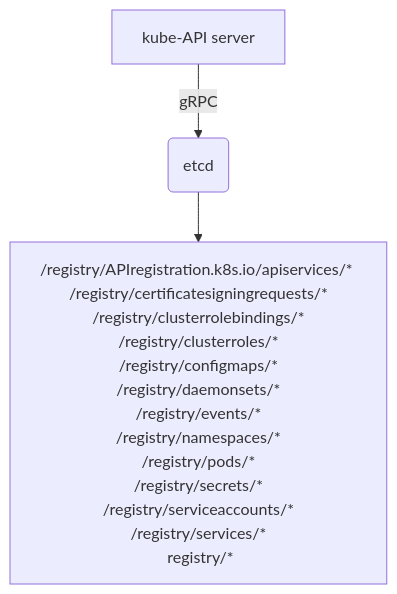
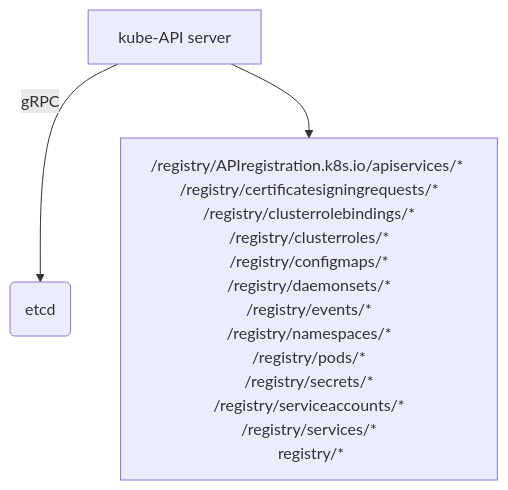
Before and after one commit to 007chiragshah/tucana: the second of 2 diagrams in Architecture_Overview.md, drawn with Mermaid.

````diff
--- a/Architecture_Overview.md
+++ b/Architecture_Overview.md
@@ -62,5 +62,5 @@
   ```mermaid 
   graph TD
-    A[kube-API server] -->|gRPC| B(etcd)
-    B --> C[ /registry/APIregistration.k8s.io/apiservices/* \n /registry/certificatesigningrequests/* \n /registry/clusterrolebindings/* \n /registry/clusterroles/* \n /registry/configmaps/* \n /registry/daemonsets/* \n /registry/events/* \n /registry/namespaces/* \n /registry/pods/* \n /registry/secrets/* \n /registry/serviceaccounts/* \n /registry/services/* \n registry/* ]
+    A[kube-API server]-->|gRPC|B(etcd)
+    A --> C[ /registry/APIregistration.k8s.io/apiservices/* \n /registry/certificatesigningrequests/* \n /registry/clusterrolebindings/* \n /registry/clusterroles/* \n /registry/configmaps/* \n /registry/daemonsets/* \n /registry/events/* \n /registry/namespaces/* \n /registry/pods/* \n /registry/secrets/* \n /registry/serviceaccounts/* \n /registry/services/* \n registry/* ]
   ```
````
